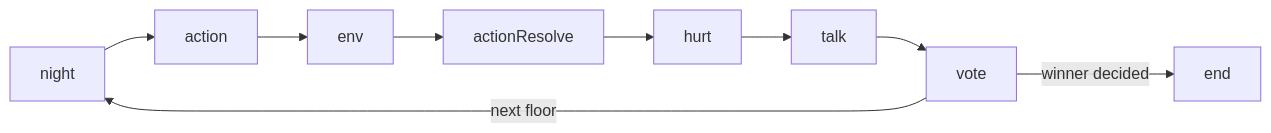
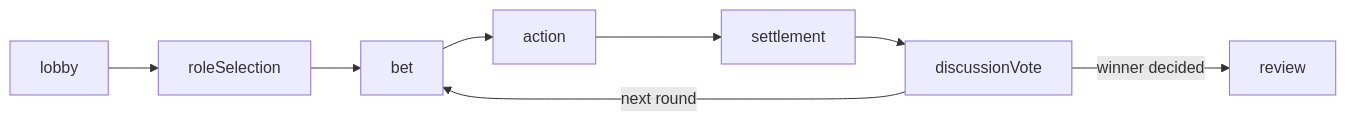
One commit to sadofriod/deskgame changed the second of 3 diagrams in docs/flows/room-flow.md. Above: the diagram before and after it, drawn with Mermaid. The commit also changed other lines of this file and 34 other files, not shown here.

````diff
--- a/docs/flows/room-flow.md
+++ b/docs/flows/room-flow.md
@@ -24,11 +26,10 @@
 ```mermaid
 flowchart LR
-  N[night] --> A[action]
-  A --> E[env]
-  E --> R[actionResolve]
-  R --> H[hurt]
-  H --> T[talk]
-  T --> V[vote]
-  V -->|next floor| N
-  V -->|winner decided| X[end]
+  L[lobby] --> RS[roleSelection]
+  RS --> B[bet]
+  B --> A[action]
+  A --> S[settlement]
+  S --> DV[discussionVote]
+  DV -->|next round| B
+  DV -->|winner decided| R[review]
 ```
````
